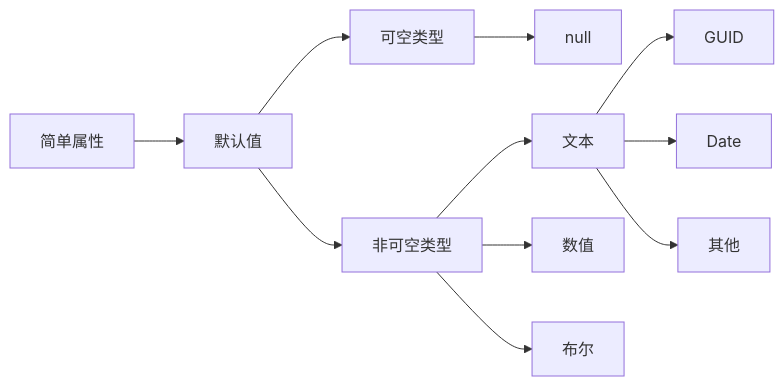
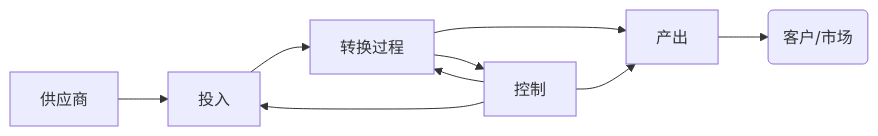
One commit to nbaxp/examples changed the second of 3 diagrams in dotnet/aspnet/Wta/be/src/Wta/wwwroot/src/assets/docs/home.md. Above: the diagram before and after it, drawn with Mermaid. The commit also changed other lines of this file and 13 other files, not shown here.

````diff
--- a/dotnet/aspnet/Wta/be/src/Wta/wwwroot/src/assets/docs/home.md
+++ b/dotnet/aspnet/Wta/be/src/Wta/wwwroot/src/assets/docs/home.md
@@ -23,11 +17,9 @@
 ```mermaid
 flowchart LR
 
-  简单属性 --> 默认值
-  默认值 --> 可空类型 --> null
-  默认值 --> 非可空类型 --> 文本 --> GUID
-  文本 --> Date
-  文本 --> 其他
-  非可空类型 --> 数值
-  非可空类型 --> 布尔
+供应商-->投入-->转换过程-->产出-->客户(客户/市场)
+转换过程-->控制
+控制-->转换过程
+控制-->投入
+控制-->产出
 ```
````
